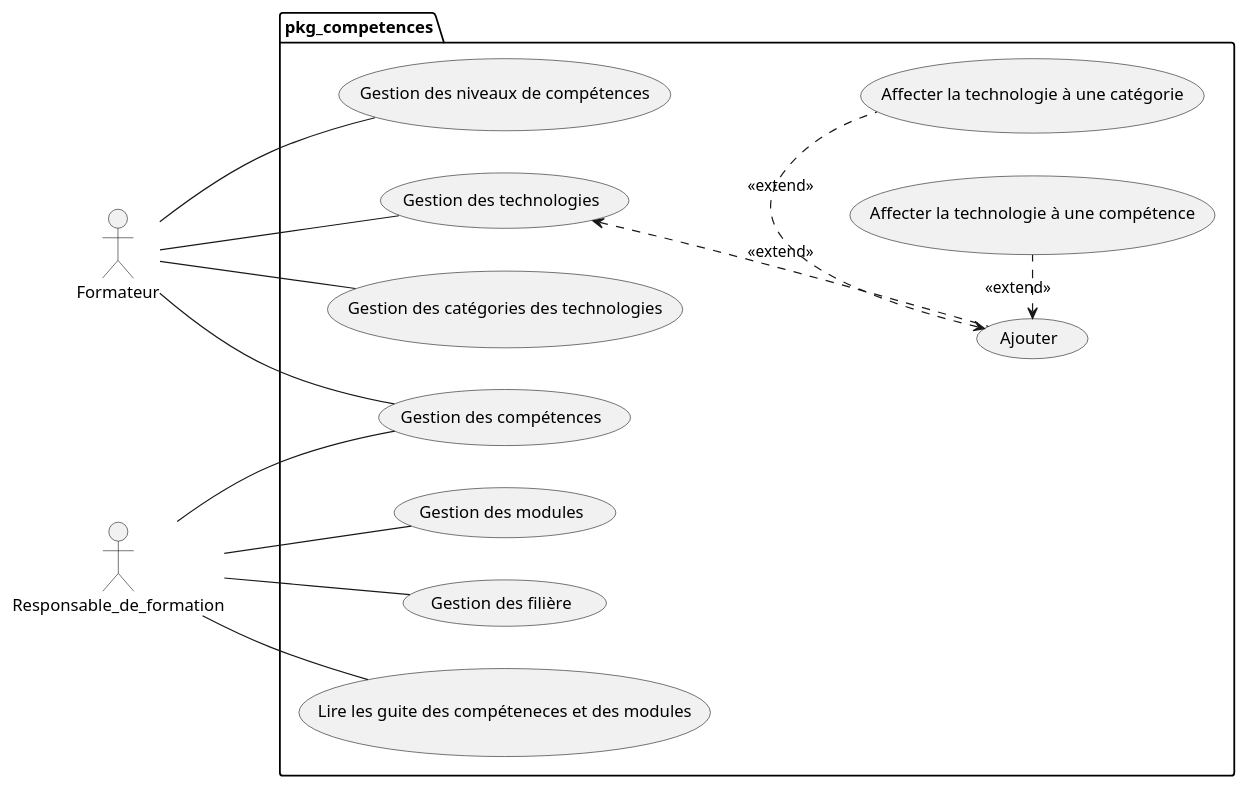
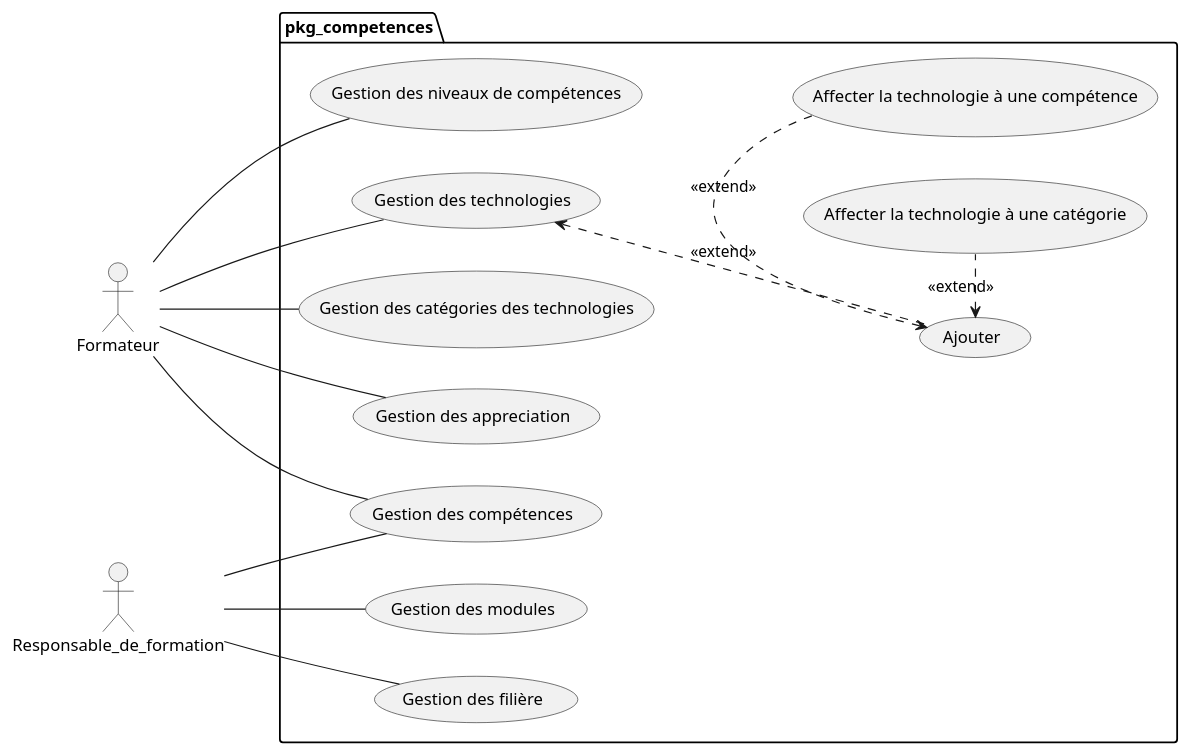
The diagram in modélisation/pkg_competences/uses_cases_pkg_competences.puml (solicoders/soli-lms), drawn with PlantUML before and after one commit. The commit also changed 9 other files, not shown here.

```diff
--- a/modélisation/pkg_competences/uses_cases_pkg_competences.puml
+++ b/modélisation/pkg_competences/uses_cases_pkg_competences.puml
@@ -1,29 +1,31 @@
 @startuml 
 
 left to right direction
 
 
 actor Formateur as formateur
 actor Responsable_de_formation as Responsable_de_formation
 
 package pkg_competences {
 
-  formateur --  (Gestion des compétences) 
+   
   formateur --  (Gestion des niveaux de compétences) 
   formateur --  (Gestion des technologies) 
   formateur --  (Gestion des catégories des technologies)
+  formateur --  (Gestion des appreciation)
+  formateur --  (Gestion des compétences)
 
   Responsable_de_formation --  (Gestion des compétences)
   Responsable_de_formation --  (Gestion des modules)
   Responsable_de_formation --  (Gestion des filière)
-  Responsable_de_formation --  (Lire les guite des compéteneces et des modules)
+  
 
 
   (Gestion des technologies) <..  (Ajouter) : <<extend>>
   (Ajouter) <. (Affecter la technologie à une compétence)   : <<extend>>
    (Ajouter) <. (Affecter la technologie à une catégorie)   : <<extend>>
 }  
 
 ' note right of admin : "note 1"
 
 @enduml
```
